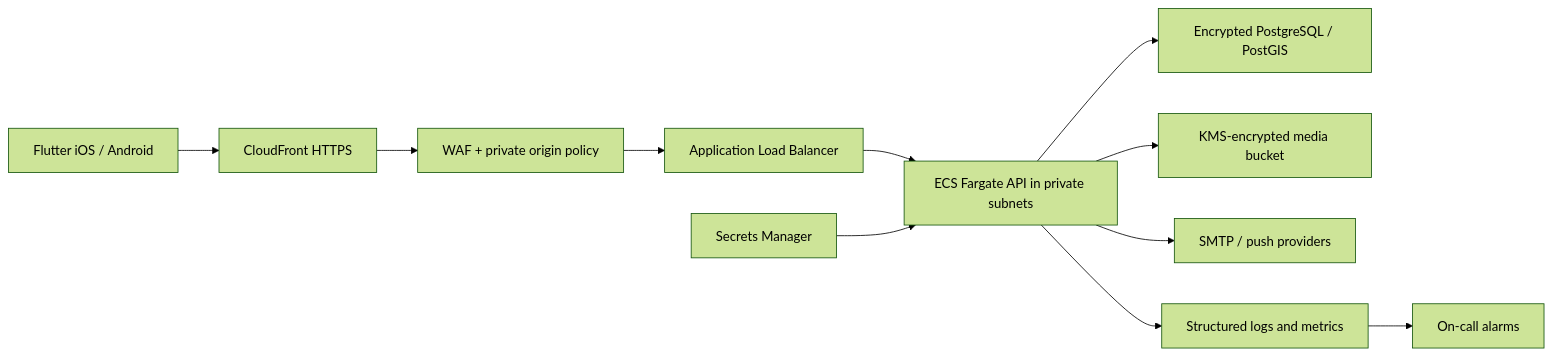
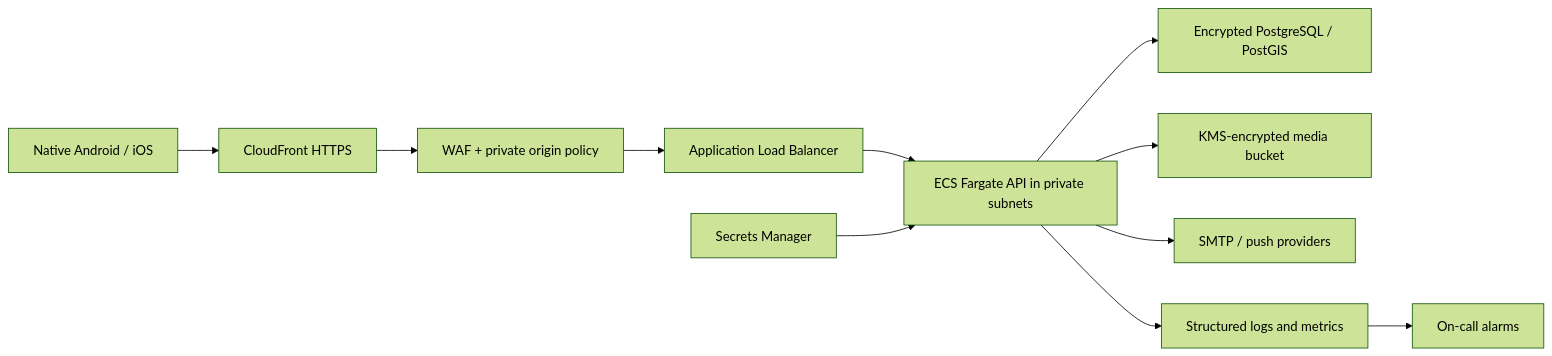
The diagram in docs/architecture.md (deec84/Total-solutions-enterprises), drawn with Mermaid (forest theme) before and after one commit. The commit also changed other lines of this file and 37 other files, not shown here.

````diff
--- a/docs/architecture.md
+++ b/docs/architecture.md
@@ -39,13 +39,13 @@
 ```mermaid
 flowchart LR
-    M["Flutter iOS / Android"] --> CF["CloudFront HTTPS"]
+    M["Native Android / iOS"] --> CF["CloudFront HTTPS"]
     CF --> WAF["WAF + private origin policy"]
     WAF --> ALB["Application Load Balancer"]
     ALB --> ECS["ECS Fargate API in private subnets"]
     ECS --> RDS["Encrypted PostgreSQL / PostGIS"]
     ECS --> S3["KMS-encrypted media bucket"]
     ECS --> P["SMTP / push providers"]
     ECS --> CW["Structured logs and metrics"]
     CW --> SNS["On-call alarms"]
     SM["Secrets Manager"] --> ECS
 ```
````
